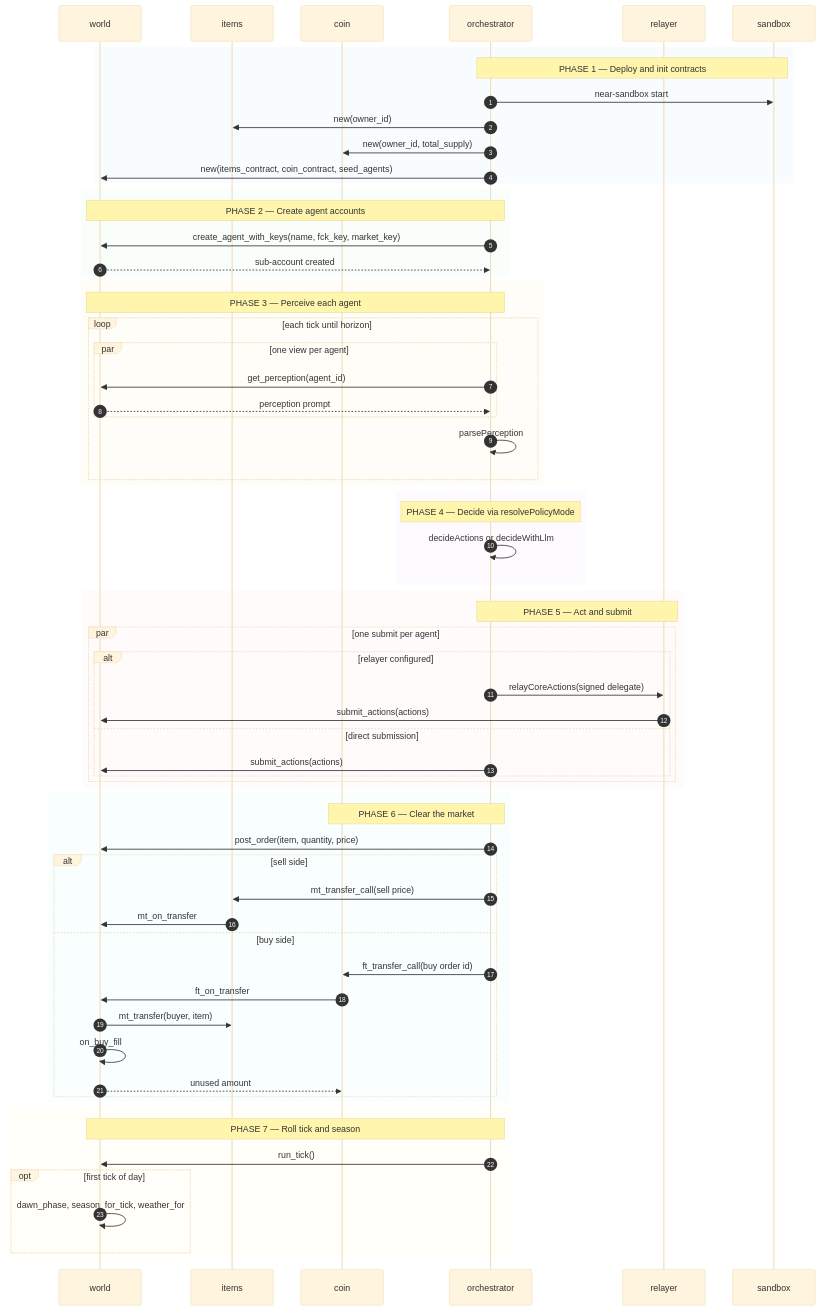
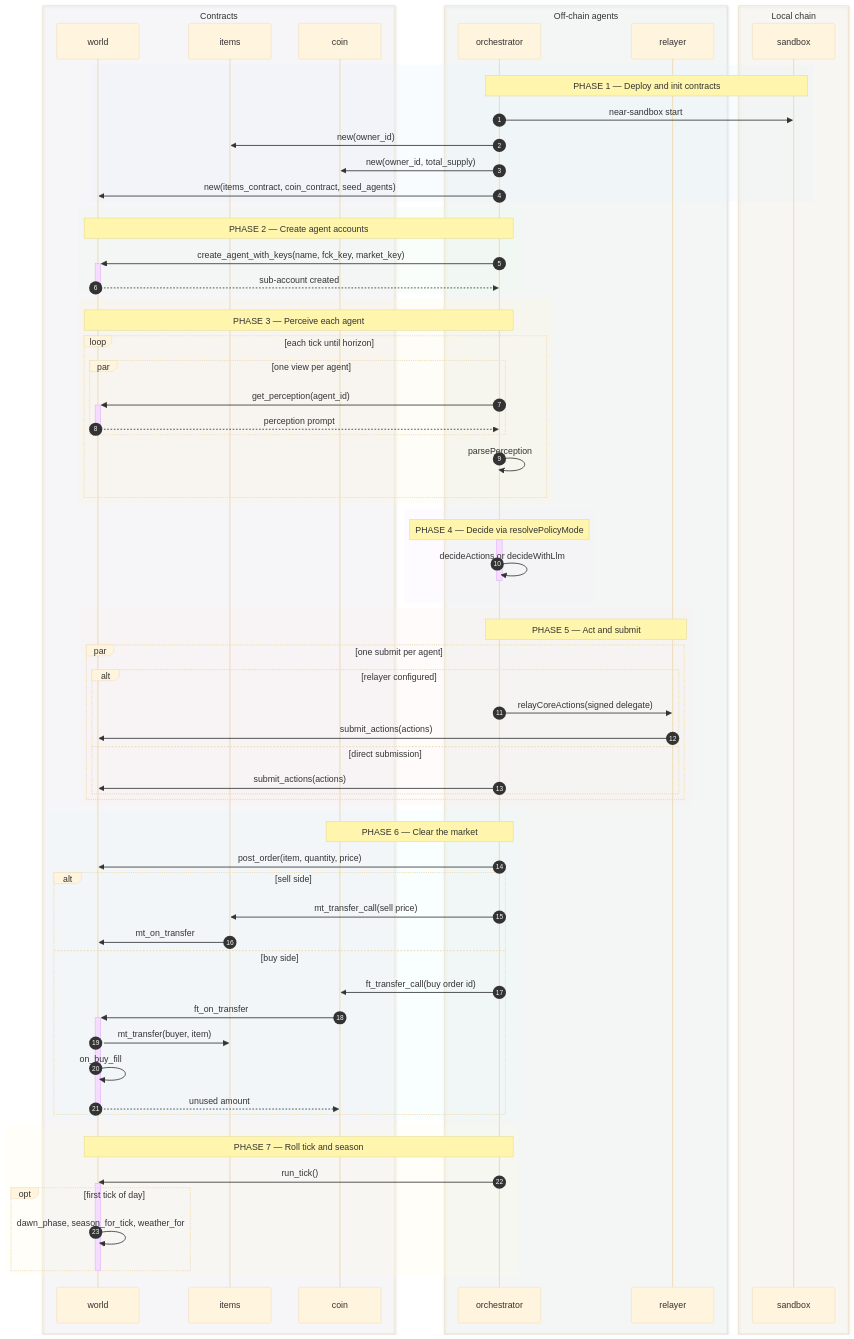
The diagram in README.md (skthnr/village-economy-agents), drawn with Mermaid (base theme) before and after one commit.

Commit message:
docs(eidolon): add system boundaries and activations to the diagram

````diff
--- a/README.md
+++ b/README.md
@@ -5,70 +5,80 @@
 ```mermaid
 sequenceDiagram
     accTitle: eidolon runtime flow
     accDescr: Orchestrator deploys both contracts, creates agent accounts, then perceives, decides, submits actions, settles the market, and rolls ticks.
     autonumber
+    box rgba(243,232,255,0.12) Contracts
     participant W as world
     participant I as items
     participant K as coin
+    end
+    box rgba(230,247,235,0.12) Off-chain agents
     participant O as orchestrator
     participant R as relayer
+    end
+    box rgba(255,244,214,0.12) Local chain
     participant S as sandbox
+    end
     rect rgba(226,238,255,0.20)
     Note over O,S: PHASE 1 — Deploy and init contracts
     O->>S: near-sandbox start
     O->>I: new(owner_id)
     O->>K: new(owner_id, total_supply)
     O->>W: new(items_contract, coin_contract, seed_agents)
     end
     rect rgba(230,247,235,0.20)
     Note over O,W: PHASE 2 — Create agent accounts
-    O->>W: create_agent_with_keys(name, fck_key, market_key)
-    W-->>O: sub-account created
+    O->>+W: create_agent_with_keys(name, fck_key, market_key)
+    W-->>-O: sub-account created
     end
     rect rgba(255,244,214,0.20)
     Note over O,W: PHASE 3 — Perceive each agent
     loop each tick until horizon
     par one view per agent
-    O->>W: get_perception(agent_id)
-    W-->>O: perception prompt
+    O->>+W: get_perception(agent_id)
+    W-->>-O: perception prompt
     end
     O->>O: parsePerception
     end
     end
     rect rgba(243,232,255,0.20)
     Note over O: PHASE 4 — Decide via resolvePolicyMode
+    activate O
     O->>O: decideActions or decideWithLlm
+    deactivate O
     end
     rect rgba(255,232,232,0.20)
     Note over O,R: PHASE 5 — Act and submit
     par one submit per agent
     alt relayer configured
     O->>R: relayCoreActions(signed delegate)
     R->>W: submit_actions(actions)
     else direct submission
     O->>W: submit_actions(actions)
     end
     end
     end
     rect rgba(224,247,250,0.20)
     Note over O,K: PHASE 6 — Clear the market
     O->>W: post_order(item, quantity, price)
     alt sell side
     O->>I: mt_transfer_call(sell price)
     I->>W: mt_on_transfer
     else buy side
     O->>K: ft_transfer_call(buy order id)
-    K->>W: ft_on_transfer
+    K->>+W: ft_on_transfer
     W->>I: mt_transfer(buyer, item)
     W->>W: on_buy_fill
-    W-->>K: unused amount
+    W-->>-K: unused amount
     end
     end
     rect rgba(255,248,225,0.20)
     Note over O,W: PHASE 7 — Roll tick and season
     O->>W: run_tick()
+    activate W
     opt first tick of day
     W->>W: dawn_phase, season_for_tick, weather_for
     end
+    deactivate W
     end
 ```
````
